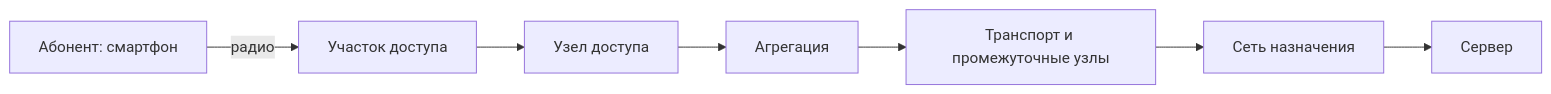
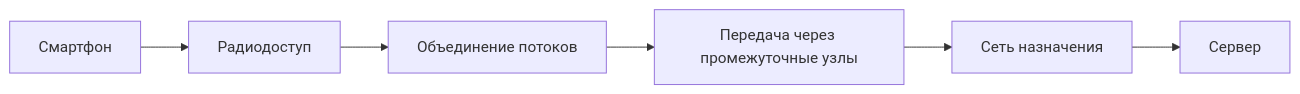
One commit to temaSW/intro-to-networking changed the second of 4 diagrams in course/lectures/00-introduction.qmd. Above: the diagram before and after it, drawn with Mermaid. The commit also changed other lines of this file and 4 other files, not shown here.

````diff
--- a/course/lectures/00-introduction.qmd
+++ b/course/lectures/00-introduction.qmd
@@ -18,9 +18,4 @@
 ```{mermaid}
 flowchart LR
-  U[Абонент: смартфон] -->|радио| R[Участок доступа]
-  R --> B[Узел доступа]
-  B --> A[Агрегация]
-  A --> T[Транспорт и промежуточные узлы]
-  T --> D[Сеть назначения]
-  D --> S[Сервер]
+  U[Смартфон] --> R[Радиодоступ] --> A[Объединение потоков] --> T[Передача через промежуточные узлы] --> D[Сеть назначения] --> S[Сервер]
 ```
````
